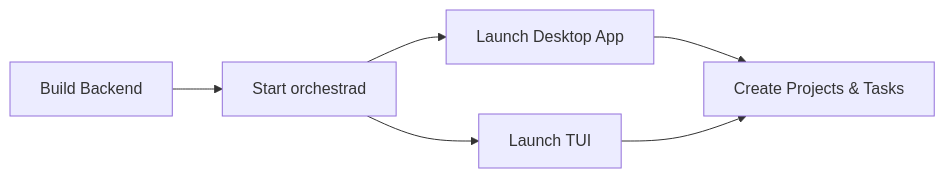
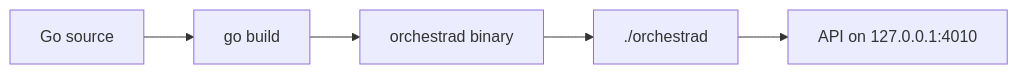
One commit to bradAGI/Orchestra changed the first of 2 diagrams in docs/guides/getting-started.md. Above: the diagram before and after it, drawn with Mermaid. The commit also changed other lines of this file and 1 other file, not shown here.

````diff
--- a/docs/guides/getting-started.md
+++ b/docs/guides/getting-started.md
@@ -32,8 +45,7 @@
 ```mermaid
 flowchart LR
-    BUILD[Build Backend] --> RUN[Start orchestrad]
-    RUN --> DESKTOP[Launch Desktop App]
-    RUN --> TUI[Launch TUI]
-    DESKTOP --> USE[Create Projects & Tasks]
-    TUI --> USE
+    SRC[Go source] --> BUILD[go build]
+    BUILD --> BIN[orchestrad binary]
+    BIN --> RUN[./orchestrad]
+    RUN --> API["API on 127.0.0.1:4010"]
 ```
````
